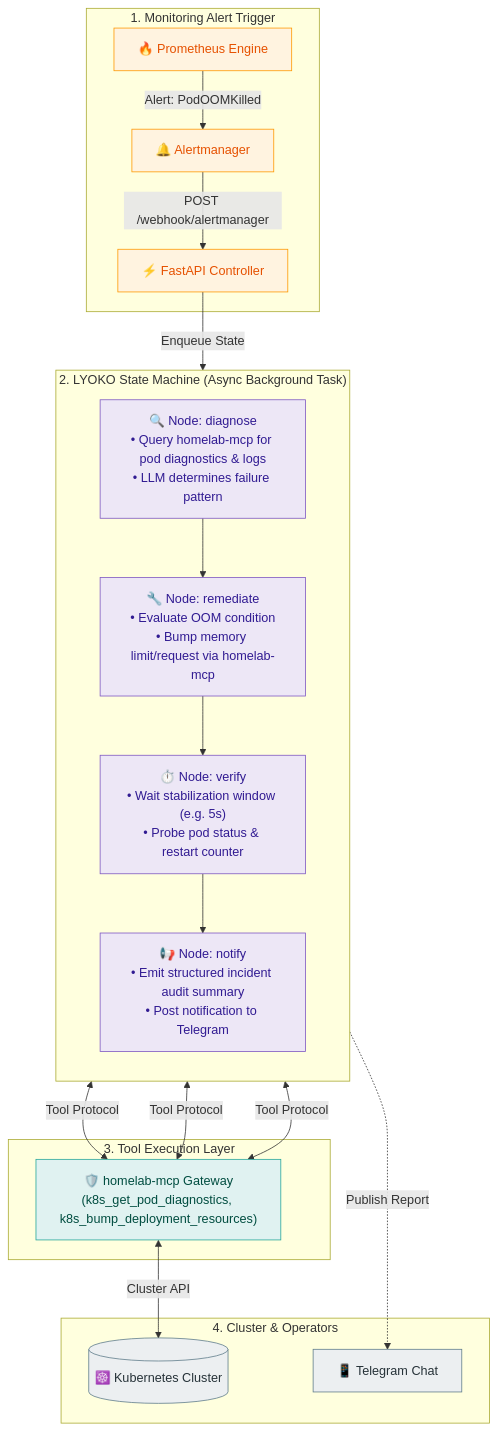
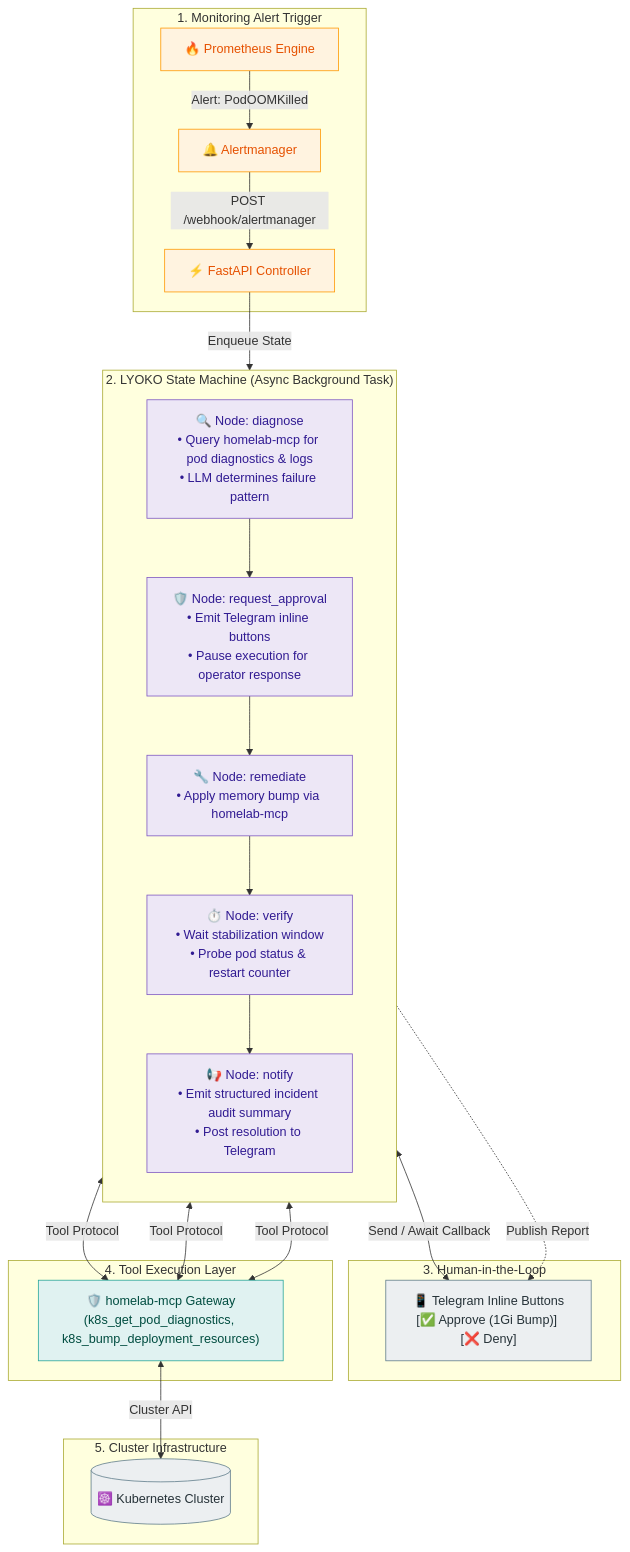
Before and after one commit to csp33/homelab-ai-ops: the second of 2 diagrams in packages/agents/lyoko/README.md, drawn with Mermaid. The commit also changed other lines of this file and 1 other file, not shown here.

Commit message:
docs: update LYOKO state machine and architecture diagrams for HITL and Telegram assistant

````diff
--- a/packages/agents/lyoko/README.md
+++ b/packages/agents/lyoko/README.md
@@ -63,41 +79,46 @@
 ```mermaid
 flowchart TD
     subgraph Trigger ["1. Monitoring Alert Trigger"]
         PROM["🔥 Prometheus Engine"] -->|Alert: PodOOMKilled| AM["🔔 Alertmanager"]
         AM -->|POST /webhook/alertmanager| EP["⚡ FastAPI Controller"]
     end
 
     subgraph LangGraph_Agent ["2. LYOKO State Machine (Async Background Task)"]
         direction TB
         N1["🔍 Node: diagnose<br/>• Query homelab-mcp for pod diagnostics & logs<br/>• LLM determines failure pattern"]
-        N2["🔧 Node: remediate<br/>• Evaluate OOM condition<br/>• Bump memory limit/request via homelab-mcp"]
-        N3["⏱️ Node: verify<br/>• Wait stabilization window (e.g. 5s)<br/>• Probe pod status & restart counter"]
-        N4["📢 Node: notify<br/>• Emit structured incident audit summary<br/>• Post notification to Telegram"]
+        N2["🛡️ Node: request_approval<br/>• Emit Telegram inline buttons<br/>• Pause execution for operator response"]
+        N3["🔧 Node: remediate<br/>• Apply memory bump via homelab-mcp"]
+        N4["⏱️ Node: verify<br/>• Wait stabilization window<br/>• Probe pod status & restart counter"]
+        N5["📢 Node: notify<br/>• Emit structured incident audit summary<br/>• Post resolution to Telegram"]
 
-        N1 --> N2 --> N3 --> N4
+        N1 --> N2 --> N3 --> N4 --> N5
     end
 
-    subgraph Tool_Gateway ["3. Tool Execution Layer"]
+    subgraph Operator ["3. Human-in-the-Loop"]
+        TG_UI["📱 Telegram Inline Buttons<br/>[✅ Approve (1Gi Bump)] [❌ Deny]"]
+    end
+
+    subgraph Tool_Gateway ["4. Tool Execution Layer"]
         MCP["🛡️ homelab-mcp Gateway<br/>(k8s_get_pod_diagnostics, k8s_bump_deployment_resources)"]
     end
 
-    subgraph Cluster ["4. Cluster & Operators"]
+    subgraph Cluster ["5. Cluster Infrastructure"]
         K8S[("☸️ Kubernetes Cluster")]
-        TG["📱 Telegram Chat"]
     end
 
     EP -->|Enqueue State| N1
-    N1 & N2 & N3 <-->|Tool Protocol| MCP
+    N2 <-->|Send / Await Callback| TG_UI
+    N1 & N3 & N4 <-->|Tool Protocol| MCP
     MCP <-->|Cluster API| K8S
-    N4 -.->|Publish Report| TG
+    N5 -.->|Publish Report| TG_UI
 
     classDef trigger fill:#fff3e0,stroke:#ff9800,stroke-width:1px,color:#e65100;
     classDef agent fill:#ede7f6,stroke:#7e57c2,stroke-width:1px,color:#311b92;
     classDef gateway fill:#e0f2f1,stroke:#26a69a,stroke-width:1px,color:#004d40;
     classDef target fill:#eceff1,stroke:#607d8b,stroke-width:1px,color:#263238;
 
     class PROM,AM,EP trigger;
-    class N1,N2,N3,N4 agent;
+    class N1,N2,N3,N4,N5 agent;
     class MCP gateway;
-    class K8S,TG target;
+    class K8S,TG_UI target;
 ```
````
